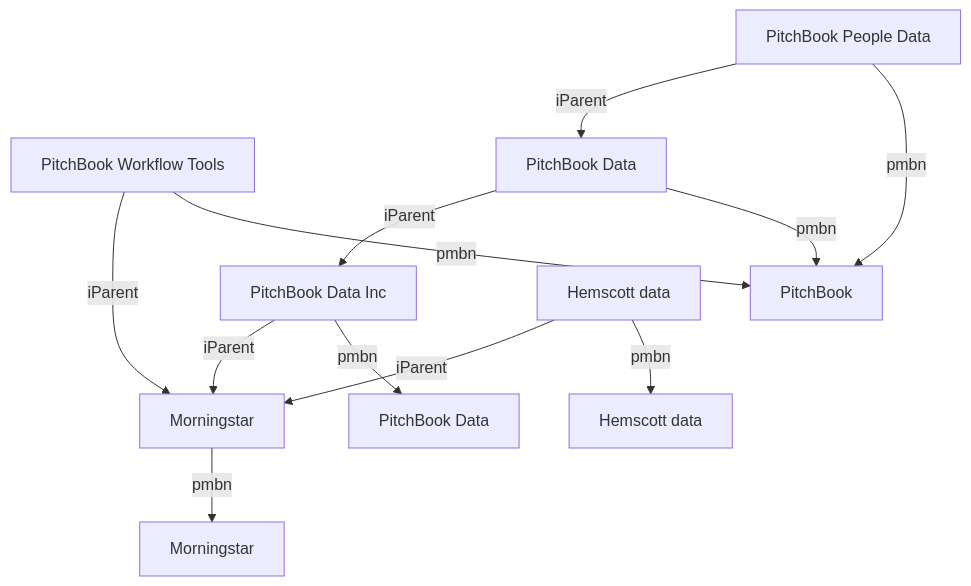
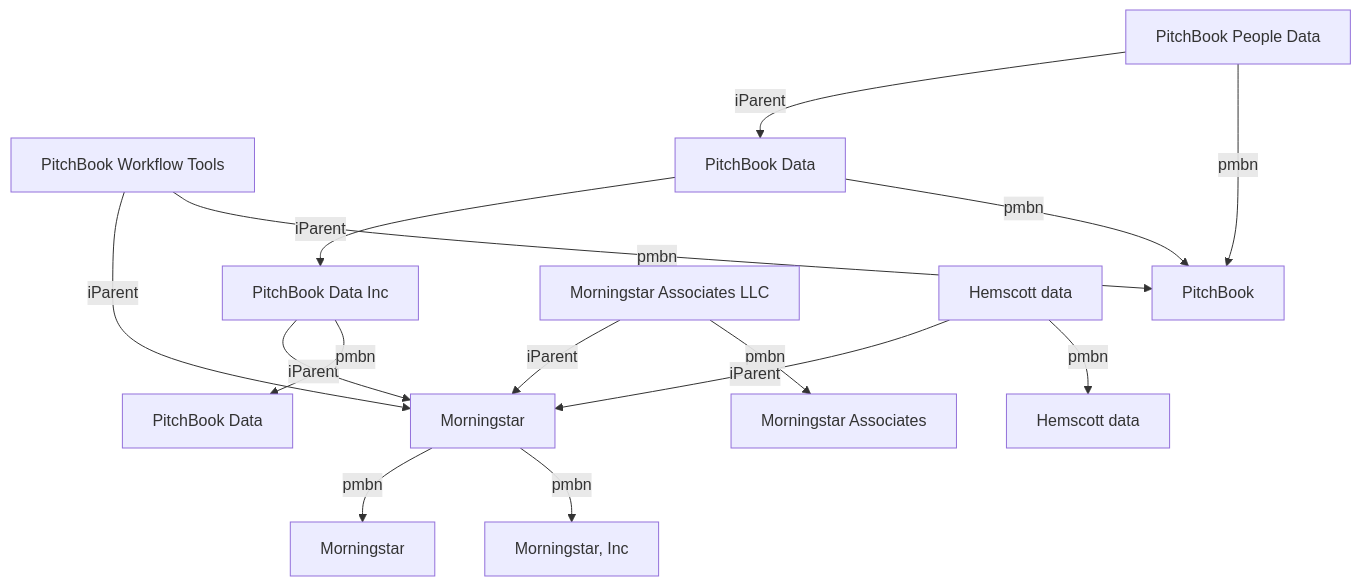
The first of 2 diagrams in morningstar-graph.md (dhurlburtusa/mermaid-test), drawn with Mermaid before and after one commit. The commit also changed other lines of this file, not shown here.

````diff
--- a/morningstar-graph.md
+++ b/morningstar-graph.md
@@ -55,64 +55,79 @@
 ```mermaid
 graph TD
     A[Morningstar] -->|pmbn| a[Morningstar]
+    A[Morningstar] -->|pmbn| ALegalName[Morningstar, Inc]
 
     B[PitchBook Workflow Tools] -->|iParent| A
     B -->|pmbn| b[PitchBook]
 
+    %% Duplicate test case
     %% C[PitchBook Services] -->|iParent| A
     %% C -->|pmbn| b
 
     D[PitchBook Data Inc] -->|iParent| A
     D -->|pmbn| d[PitchBook Data]
 
+    %% Duplicate test case
     %% E[Morningstart Investment Services Inc] -->|iParent| A
     %% E -->|pmbn| e[Morningstart Investment Services]
 
-    %% F[Morningstar Associates LLC] -->|iParent| A
-    %% F -->|pmbn| f[Morningstar Associates]
+    F[Morningstar Associates LLC] -->|iParent| A
+    F -->|pmbn| f[Morningstar Associates]
 
     G[Hemscott data] -->|iParent| A
     G -->|pmbn| g[Hemscott data]
 
+    %% Duplicate test case
     %% H[PitchBook Private Equity & Venture Capital Data] -->|iParent| D
     %% H -->|pmbn| b
 
+    %% Duplicate test case
     %% I[PitchBook Platform] -->|iParent| D
     %% I -->|pmbn| b
 
+    %% Duplicate test case
     %% J[PitchBook PB Mobile App] -->|iParent| D
     %% J -->|pmbn| b
 
     K[PitchBook Data] -->|iParent| D
     K -->|pmbn| b
 
+    %% Duplicate test case
     %% L[PitchBook API & Datafeed] -->|iParent| D
     %% L -->|pmbn| b
 
     M[PitchBook People Data] -->|iParent| K
     M -->|pmbn| b
 
+    %% Duplicate test case
     %% N[PitchBook News & Analysis] -->|iParent| K
     %% N -->|pmbn| b
 
+    %% Duplicate test case
     %% O[PitchBook M&A Data] -->|iParent| K
     %% O -->|pmbn| b
 
+    %% Duplicate test case
     %% P[PitchBook Limited Partner Data] -->|iParent| K
     %% P -->|pmbn| b
 
+    %% Duplicate test case
     %% Q[PitchBook Investor Data] -->|iParent| K
     %% Q -->|pmbn| b
 
+    %% Duplicate test case
     %% R[PitchBook Fund Data] -->|iParent| K
     %% R -->|pmbn| b
 
+    %% Duplicate test case
     %% S[PitchBook Deal Data] -->|iParent| K
     %% S -->|pmbn| b
 
+    %% Duplicate test case
     %% T[PitchBook Company Data] -->|iParent| K
     %% T -->|pmbn| b
 
+    %% Duplicate test case
     %% U[PitchBook Advisor Data] -->|iParent| K
     %% U -->|pmbn| b
 
````
